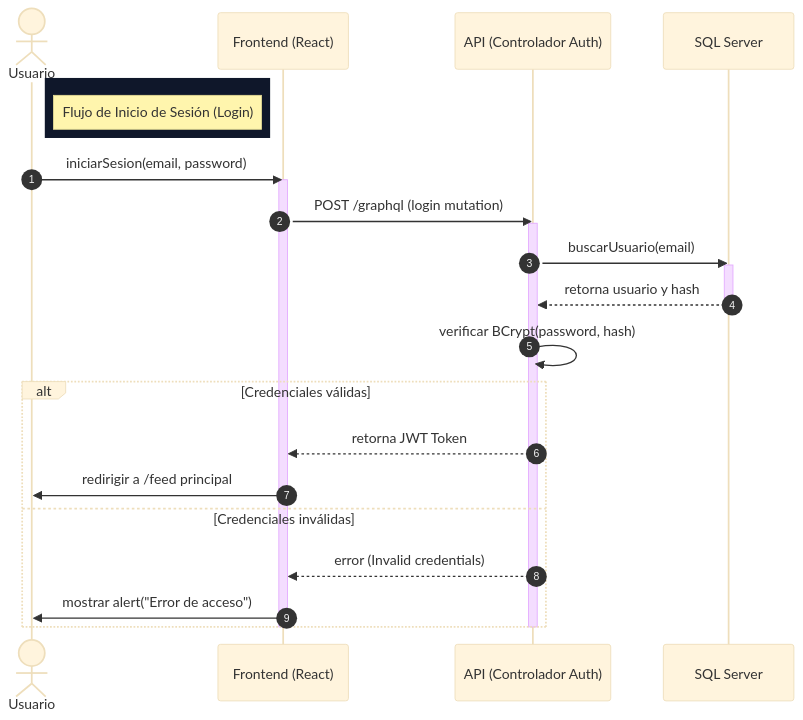
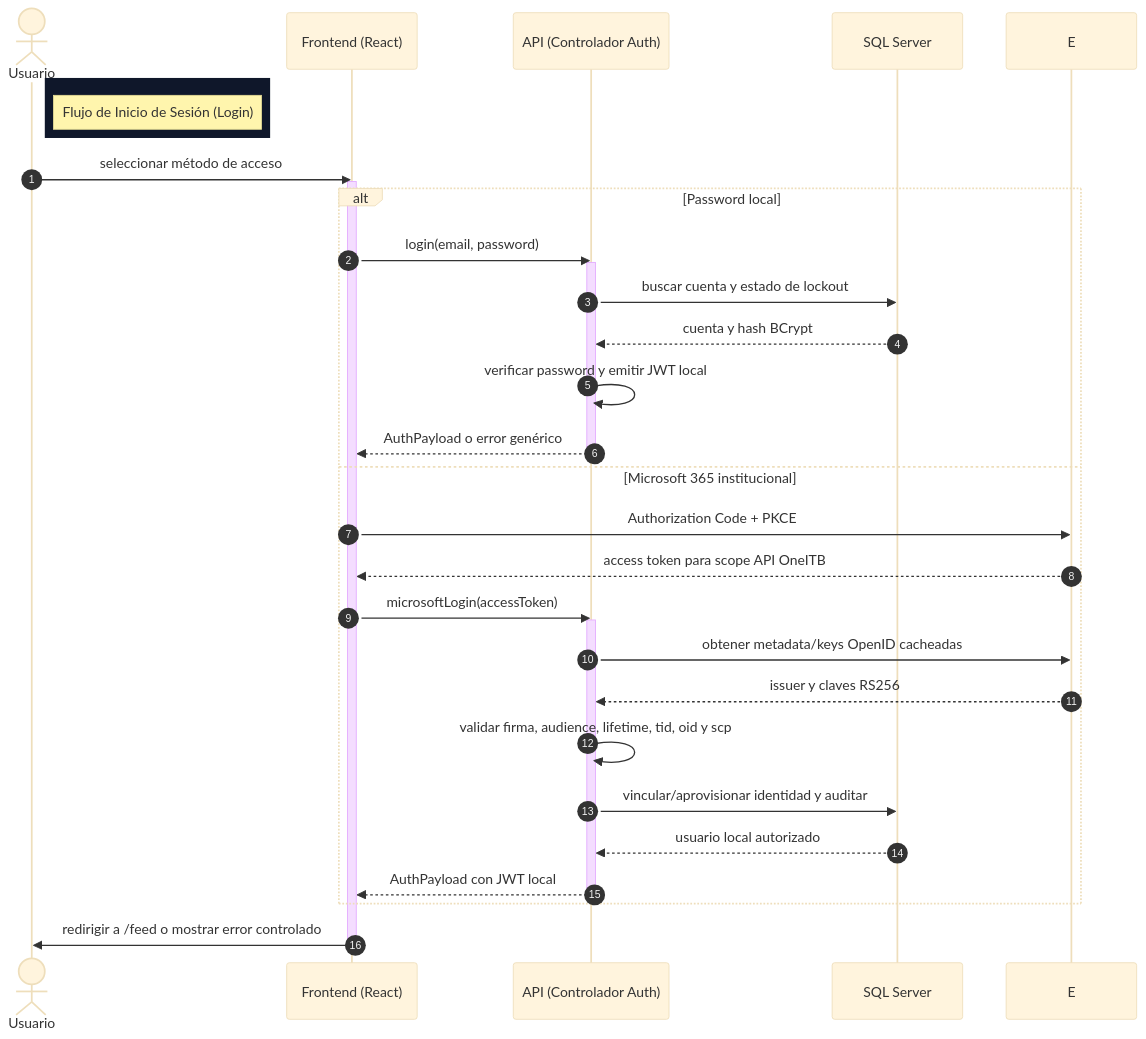
Before and after one commit to fagdiaz/OneITB: the sixth of 10 diagrams in docs/entrega_final/DOCUMENTO_BASE_PRACTICA_PROFESIONAL.md, drawn with Mermaid (base theme). The commit also changed other lines of this file and 68 other files, not shown here.

````diff
--- a/docs/entrega_final/DOCUMENTO_BASE_PRACTICA_PROFESIONAL.md
+++ b/docs/entrega_final/DOCUMENTO_BASE_PRACTICA_PROFESIONAL.md
@@ -370,33 +372,38 @@
 ```mermaid
 sequenceDiagram
     autonumber
     actor U as Usuario
     participant F as Frontend (React)
     participant C as API (Controlador Auth)
     participant DB as SQL Server
 
     rect rgb(15, 23, 42)
     note right of U: Flujo de Inicio de Sesión (Login)
     end
 
-    U->>F: iniciarSesion(email, password)
+    U->>F: seleccionar método de acceso
     activate F
-    F->>C: POST /graphql (login mutation)
-    activate C
-    C->>DB: buscarUsuario(email)
-    activate DB
-    DB-->>C: retorna usuario y hash
-    deactivate DB
-
-    C->>C: verificar BCrypt(password, hash)
-
-    alt Credenciales válidas
-        C-->>F: retorna JWT Token
-        F->>U: redirigir a /feed principal
-    else Credenciales inválidas
-        C-->>F: error (Invalid credentials)
-        F->>U: mostrar alert("Error de acceso")
+    alt Password local
+        F->>C: login(email, password)
+        activate C
+        C->>DB: buscar cuenta y estado de lockout
+        DB-->>C: cuenta y hash BCrypt
+        C->>C: verificar password y emitir JWT local
+        C-->>F: AuthPayload o error genérico
+        deactivate C
+    else Microsoft 365 institucional
+        F->>E: Authorization Code + PKCE
+        E-->>F: access token para scope API OneITB
+        F->>C: microsoftLogin(accessToken)
+        activate C
+        C->>E: obtener metadata/keys OpenID cacheadas
+        E-->>C: issuer y claves RS256
+        C->>C: validar firma, audience, lifetime, tid, oid y scp
+        C->>DB: vincular/aprovisionar identidad y auditar
+        DB-->>C: usuario local autorizado
+        C-->>F: AuthPayload con JWT local
+        deactivate C
     end
-    deactivate C
+    F->>U: redirigir a /feed o mostrar error controlado
     deactivate F
 ```
````
